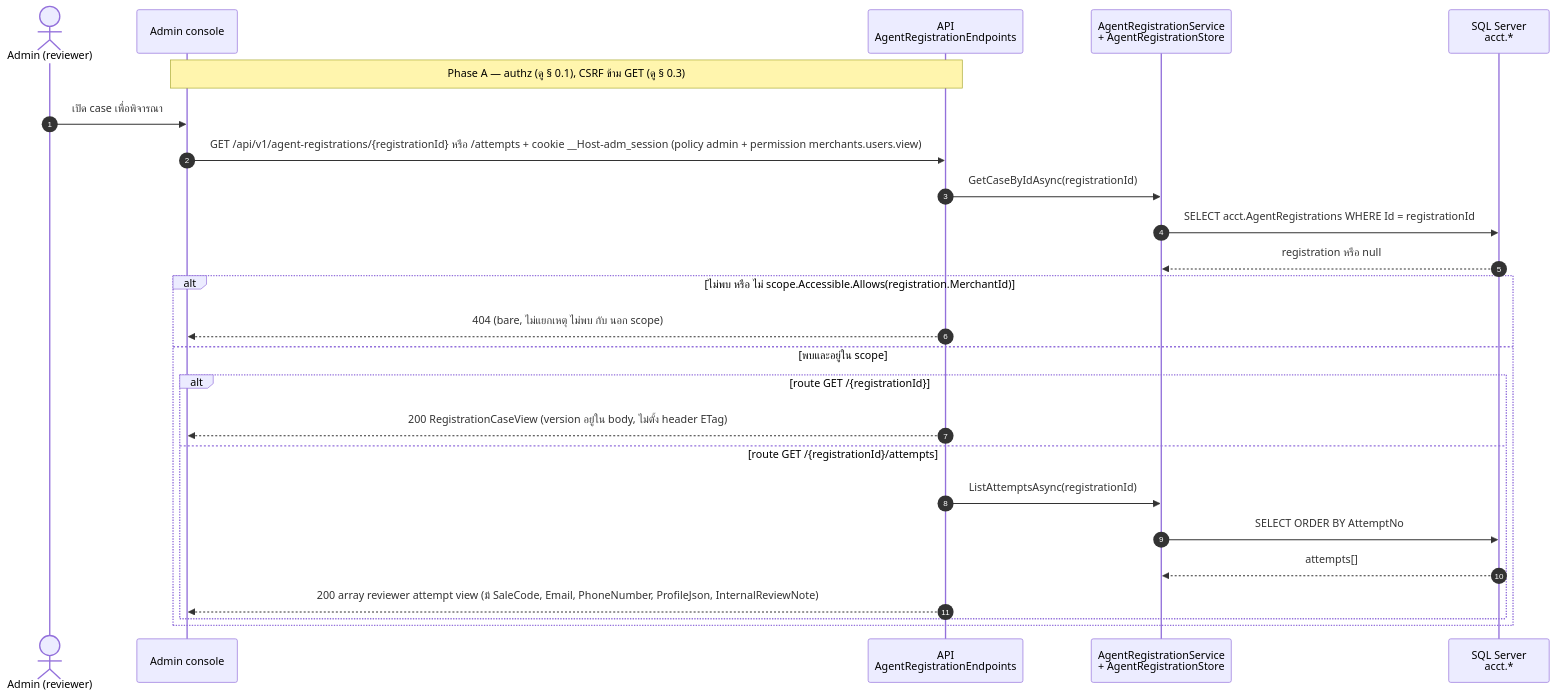
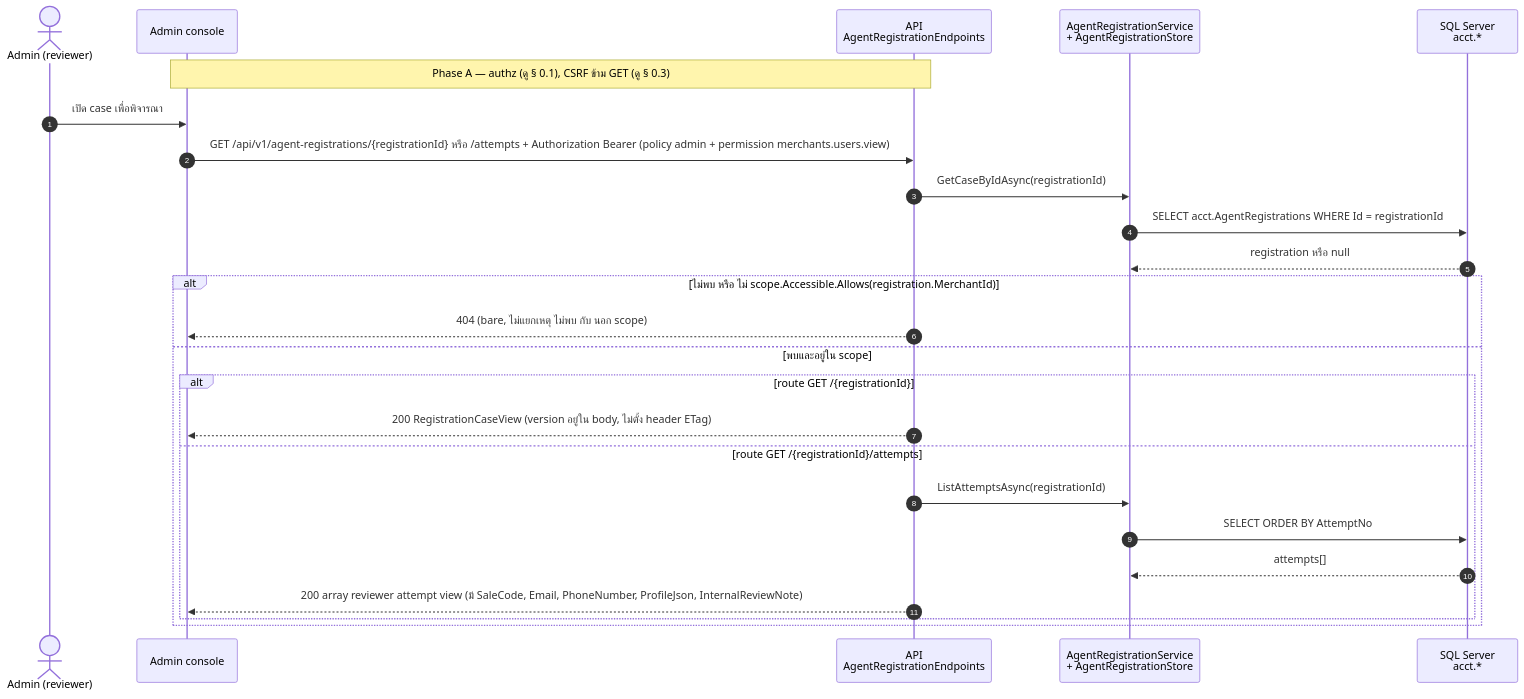
Before and after one commit to metrodiesign/pol-core: the fifth of 6 diagrams in outputs/diagrams/2026-09-14_api-endpoints_v1/03-agent-registration.sequences.md, drawn with Mermaid. The commit also changed other lines of this file and 42 other files, not shown here.

First line of the commit message:
docs: align reference docs and the API diagram set with the Bearer-only admin plane

````diff
--- a/outputs/diagrams/2026-09-14_api-endpoints_v1/03-agent-registration.sequences.md
+++ b/outputs/diagrams/2026-09-14_api-endpoints_v1/03-agent-registration.sequences.md
@@ -245,28 +245,28 @@
 ```mermaid
 sequenceDiagram
     autonumber
     actor AD as Admin (reviewer)
     participant CON as Admin console
     participant API as API<br/>AgentRegistrationEndpoints
     participant SVC as AgentRegistrationService<br/>+ AgentRegistrationStore
     participant DB as SQL Server<br/>acct.*
 
     Note over CON,API: Phase A — authz (ดู § 0.1), CSRF ข้าม GET (ดู § 0.3)
     AD->>CON: เปิด case เพื่อพิจารณา
-    CON->>API: GET /api/v1/agent-registrations/{registrationId} หรือ /attempts + cookie __Host-adm_session (policy admin + permission merchants.users.view)
+    CON->>API: GET /api/v1/agent-registrations/{registrationId} หรือ /attempts + Authorization Bearer (policy admin + permission merchants.users.view)
     API->>SVC: GetCaseByIdAsync(registrationId)
     SVC->>DB: SELECT acct.AgentRegistrations WHERE Id = registrationId
     DB-->>SVC: registration หรือ null
     alt ไม่พบ หรือ ไม่ scope.Accessible.Allows(registration.MerchantId)
         API-->>CON: 404 (bare, ไม่แยกเหตุ ไม่พบ กับ นอก scope)
     else พบและอยู่ใน scope
         alt route GET /{registrationId}
             API-->>CON: 200 RegistrationCaseView (version อยู่ใน body, ไม่ตั้ง header ETag)
         else route GET /{registrationId}/attempts
             API->>SVC: ListAttemptsAsync(registrationId)
             SVC->>DB: SELECT ORDER BY AttemptNo
             DB-->>SVC: attempts[]
             API-->>CON: 200 array reviewer attempt view (มี SaleCode, Email, PhoneNumber, ProfileJson, InternalReviewNote)
         end
     end
 ```
````
